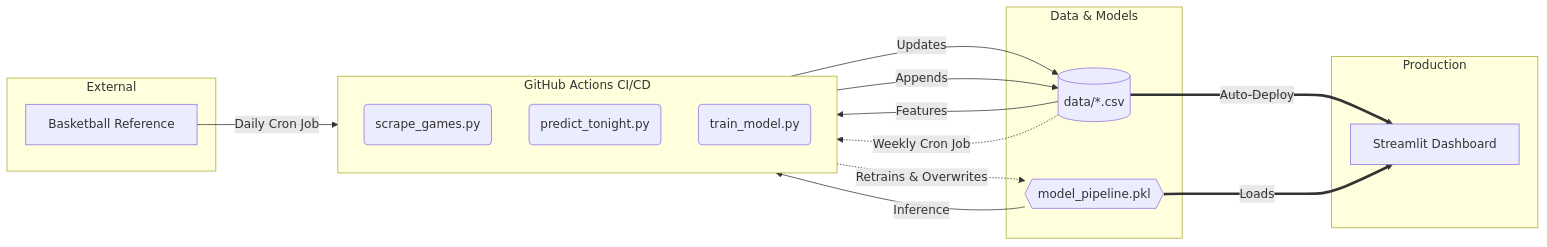
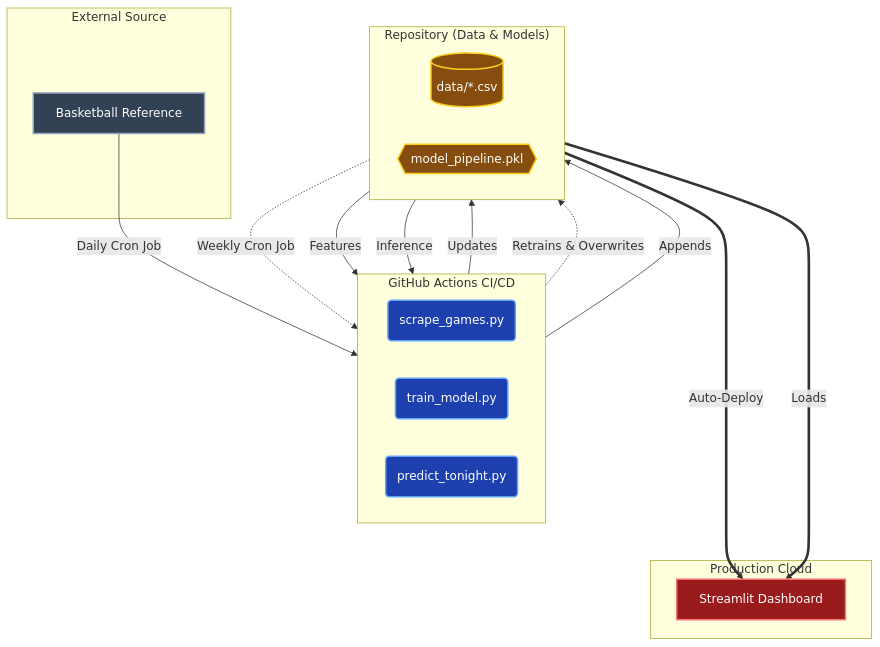
Before and after one commit to RaresPetrisor22/predicting-nba-games-ml: the diagram in README.md, drawn with Mermaid. The commit also changed other lines of this file, not shown here.

Commit message:
updated diagram and contribuiton section

````diff
--- a/README.md
+++ b/README.md
@@ -154,39 +155,46 @@
 ```mermaid
-flowchart LR
-    subgraph External
-        BR[Basketball Reference]
+flowchart TD
+    %% Custom Colors and Styles
+    classDef external fill:#334155,stroke:#94a3b8,stroke-width:2px,color:#fff
+    classDef script fill:#1e40af,stroke:#60a5fa,stroke-width:2px,color:#fff
+    classDef data fill:#854d0e,stroke:#facc15,stroke-width:2px,color:#fff
+    classDef ui fill:#991b1b,stroke:#f87171,stroke-width:2px,color:#fff
+
+    subgraph External["External Source"]
+        BR[Basketball Reference]:::external
     end
 
     subgraph GHA["GitHub Actions CI/CD"]
-        direction TB
-        Scraper(scrape_games.py)
-        Predictor(predict_tonight.py)
-        Trainer(train_model.py)
+        direction LR
+        Scraper(scrape_games.py):::script
+        Trainer(train_model.py):::script
+        Predictor(predict_tonight.py):::script
     end
 
-    subgraph Repo["Data & Models"]
-        CSV[(data/*.csv)]
-        Model{{model_pipeline.pkl}}
+    subgraph Repo["Repository (Data & Models)"]
+        direction LR
+        CSV[(data/*.csv)]:::data
+        Model{{model_pipeline.pkl}}:::data
     end
 
-    subgraph Production
-        UI[Streamlit Dashboard]
+    subgraph Production["Production Cloud"]
+        UI[Streamlit Dashboard]:::ui
     end
 
     %% Daily Data Flow
     BR -->|Daily Cron Job| Scraper
     Scraper -->|Updates| CSV
     
+    %% Weekly Training Flow
+    CSV -.->|Weekly Cron Job| Trainer
+    Trainer -.->|Retrains & Overwrites| Model
+    
     %% Prediction Flow
     CSV -->|Features| Predictor
     Model -->|Inference| Predictor
     Predictor -->|Appends| CSV
     
-    %% Weekly Training Flow
-    CSV -.->|Weekly Cron Job| Trainer
-    Trainer -.->|Retrains & Overwrites| Model
-    
     %% Deployment
     CSV ===>|Auto-Deploy| UI
     Model ===>|Loads| UI
 ```
````
